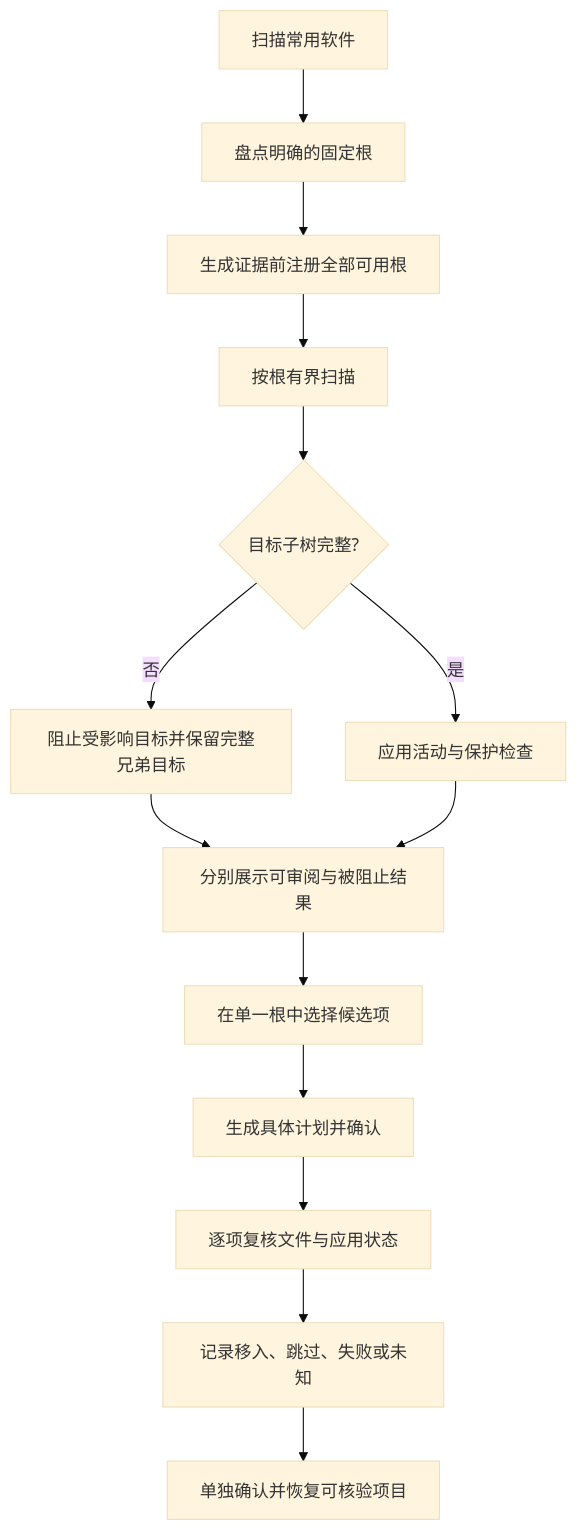
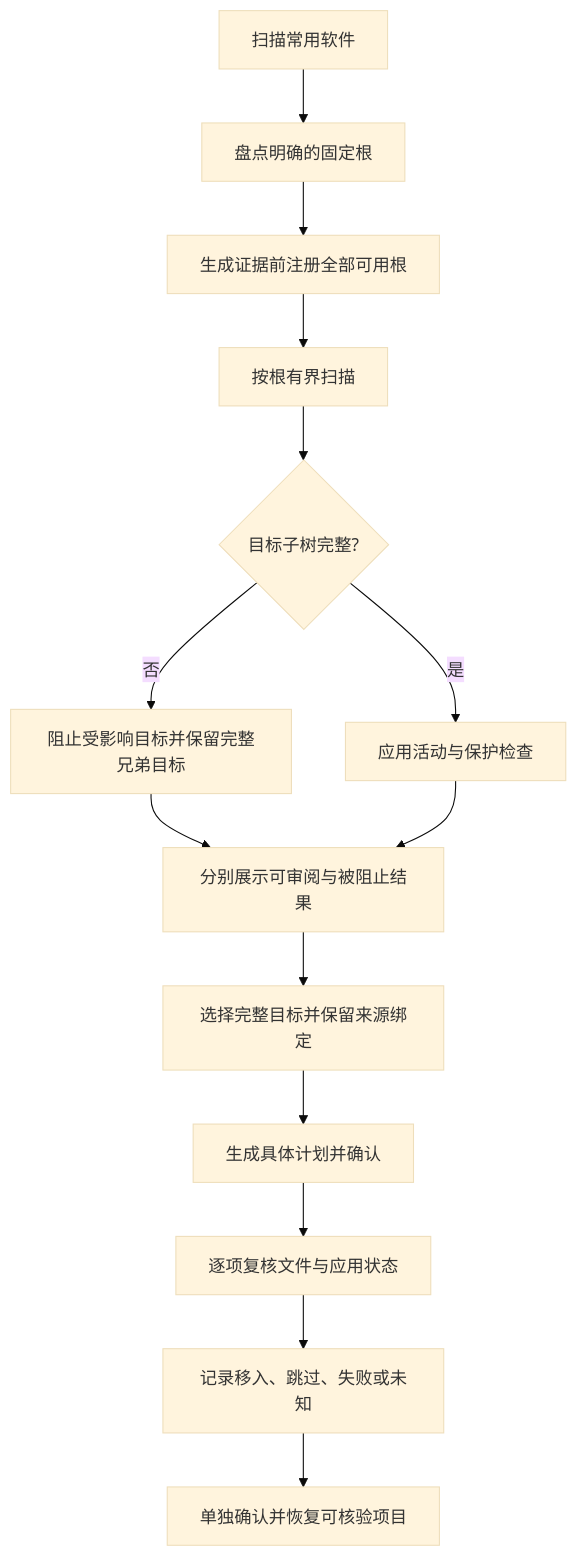
The first of 20 diagrams in docs/zh-CN/architecture/workflows-and-sequences.md (limecloud/shou), drawn with Mermaid (base theme) before and after one commit. The commit also changed other lines of this file and 297 other files, not shown here.

Commit message:
Release v0.12.0 native architecture and platform npm distribution

````diff
--- a/docs/zh-CN/architecture/workflows-and-sequences.md
+++ b/docs/zh-CN/architecture/workflows-and-sequences.md
@@ -20,16 +20,16 @@
 ```mermaid
 flowchart TD
     Start[扫描常用软件] --> Inventory[盘点明确的固定根]
     Inventory --> Register[生成证据前注册全部可用根]
     Register --> Scan[按根有界扫描]
     Scan --> State{目标子树完整?}
     State -->|否| Issue[阻止受影响目标并保留完整兄弟目标]
     Issue --> Results
     State -->|是| Activity[应用活动与保护检查]
     Activity --> Results[分别展示可审阅与被阻止结果]
-    Results --> Select[在单一根中选择候选项]
+    Results --> Select[选择完整目标并保留来源绑定]
     Select --> Preview[生成具体计划并确认]
     Preview --> Recheck[逐项复核文件与应用状态]
     Recheck --> Receipt[记录移入、跳过、失败或未知]
     Receipt --> Restore[单独确认并恢复可核验项目]
 ```
````
